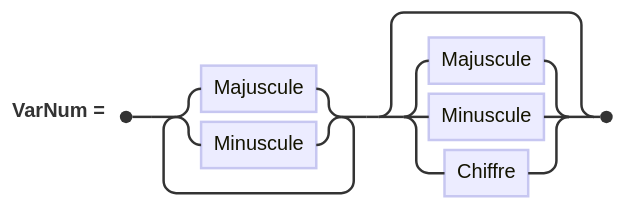
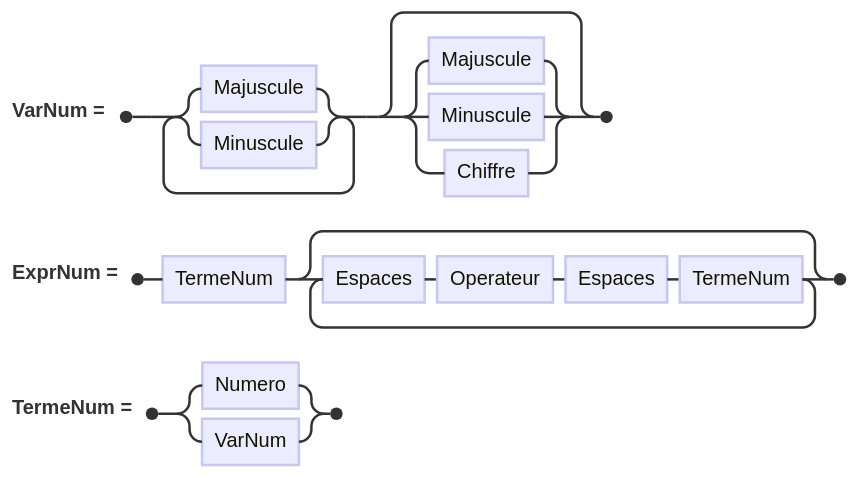
One commit to VFD/SanyoPHC25 changed the seventh of 10 diagrams in library/books/SyntaxeDuBasic.md. Above: the diagram before and after it, drawn with Mermaid. The commit also changed other lines of this file, not shown here.

````diff
--- a/library/books/SyntaxeDuBasic.md
+++ b/library/books/SyntaxeDuBasic.md
@@ -93,5 +101,11 @@
 ```mermaid
 railroad-peg-beta
 
 VarNum <- ( Majuscule / Minuscule )+ (Majuscule / Minuscule / Chiffre )? ;
+
+ExprNum <- TermeNum (Espaces Operateur Espaces TermeNum)* ;
+
+TermeNum <- Numero / VarNum ;
+
+
 ```
````
